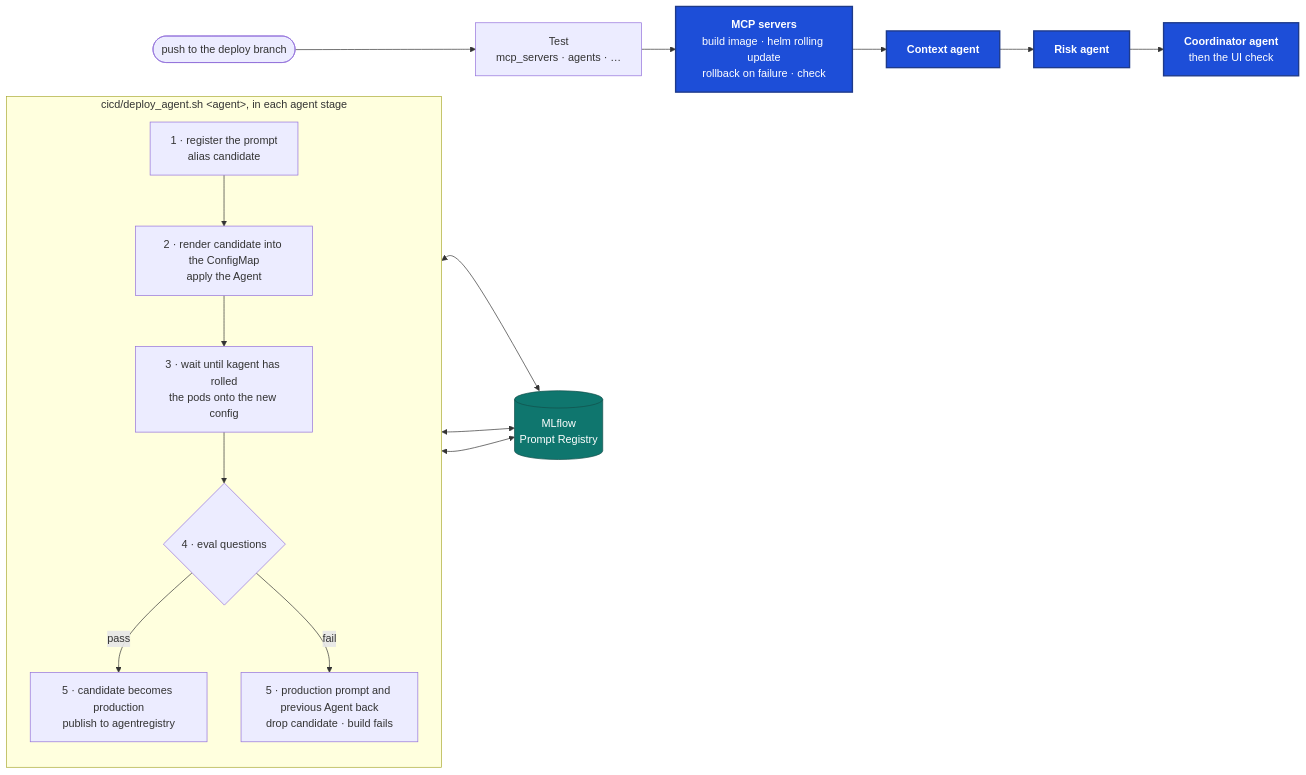
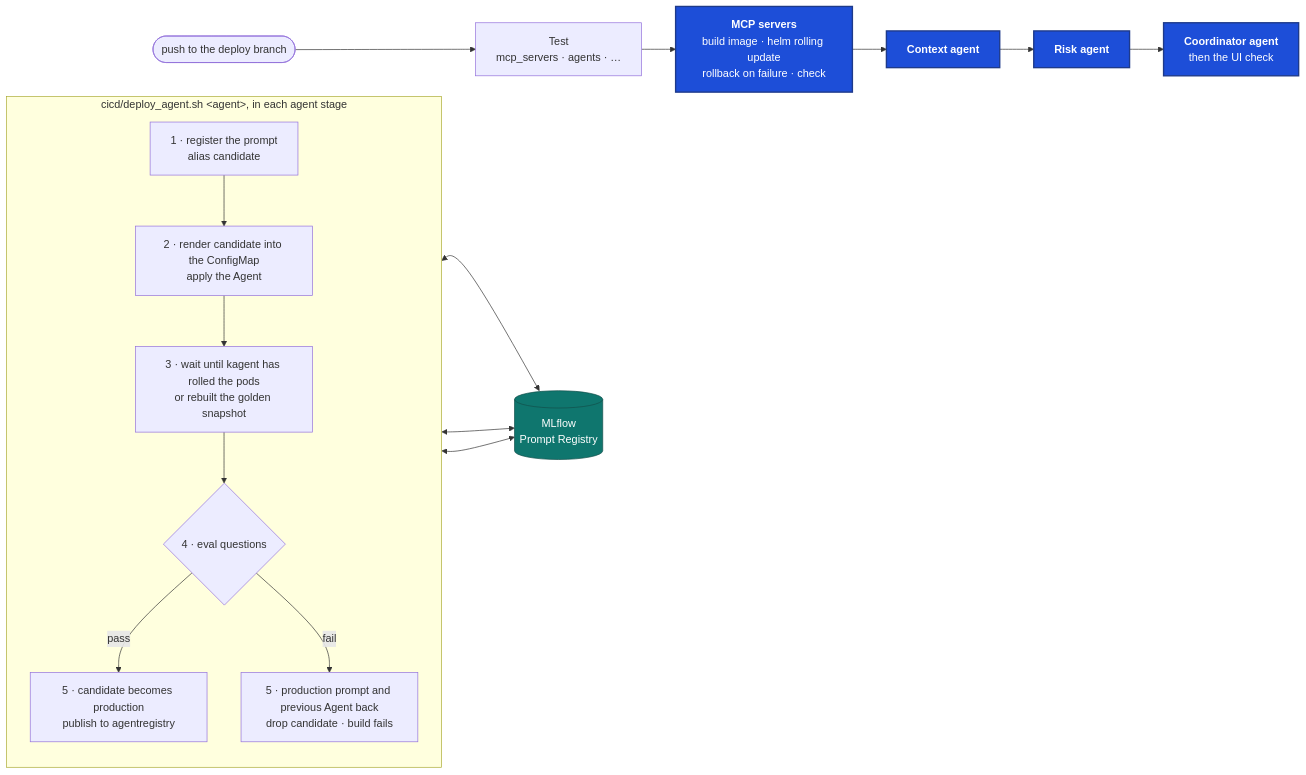
Before and after one commit to hiendat04/fraudstream: the second of 2 diagrams in docs/ml/23_ci_cd.md, drawn with Mermaid. The commit also changed other lines of this file and 13 other files, not shown here.

````diff
--- a/docs/ml/23_ci_cd.md
+++ b/docs/ml/23_ci_cd.md
@@ -145,25 +145,25 @@
 ```mermaid
 flowchart LR
     PUSH(["push to the deploy branch"]) --> T["Test<br/>mcp_servers · agents · …"]
     T --> M["<b>MCP servers</b><br/>build image · helm rolling update<br/>rollback on failure · check"]
     M --> CX["<b>Context agent</b>"]
     CX --> RK["<b>Risk agent</b>"]
     RK --> CO["<b>Coordinator agent</b><br/>then the UI check"]
 
     subgraph DA["cicd/deploy_agent.sh &lt;agent&gt;, in each agent stage"]
         direction TB
         R1["1 · register the prompt<br/>alias candidate"] --> R2["2 · render candidate into the ConfigMap<br/>apply the Agent"]
-        R2 --> R3["3 · wait until kagent has rolled<br/>the pods onto the new config"]
+        R2 --> R3["3 · wait until kagent has rolled the pods<br/>or rebuilt the golden snapshot"]
         R3 --> R4{"4 · eval questions"}
         R4 -- pass --> R5["5 · candidate becomes production<br/>publish to agentregistry"]
         R4 -- fail --> R6["5 · production prompt and previous Agent back<br/>drop candidate · build fails"]
     end
 
     MLF[("MLflow<br/>Prompt Registry")]
     R1 & R5 & R6 <--> MLF
 
     classDef key fill:#1d4ed8,stroke:#1e3a8a,stroke-width:2px,color:#ffffff
     classDef store fill:#0f766e,stroke:#134e4a,color:#ffffff
     class M,CX,RK,CO key
     class MLF store
 ```
````
